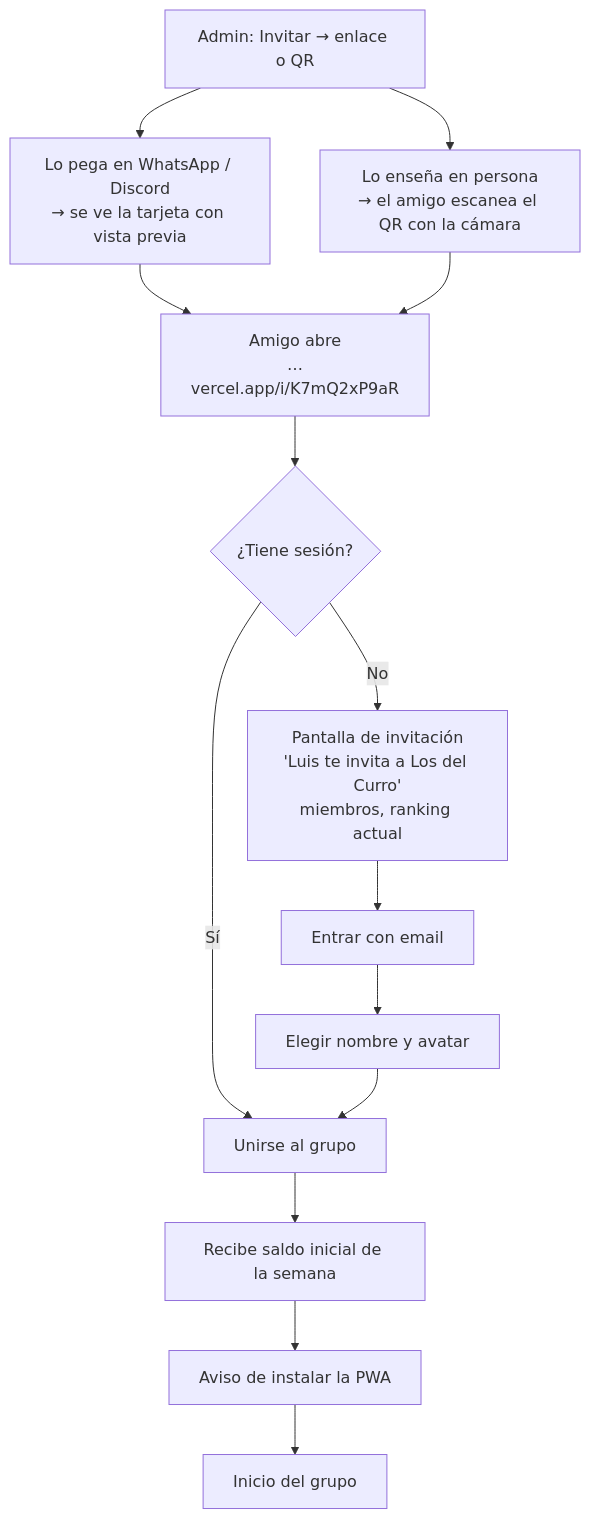
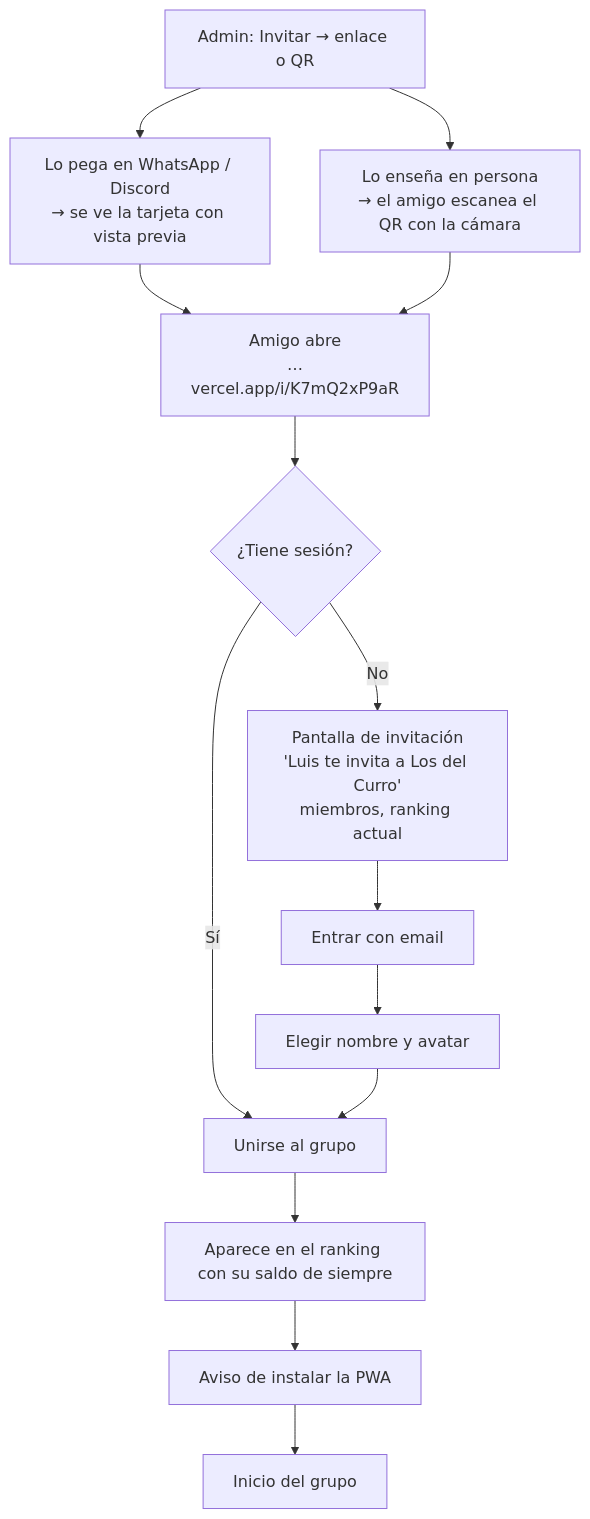
The fifth of 7 diagrams in docs/DISENO.md (Ronambulo/BlackjackWithFriends), drawn with Mermaid before and after one commit. The commit also changed other lines of this file, not shown here.

Commit message:
Diseño: saldo único y grupos como clasificaciones

````diff
--- a/docs/DISENO.md
+++ b/docs/DISENO.md
@@ -285,16 +296,16 @@
 ```mermaid
 flowchart TD
   A0[Admin: Invitar → enlace o QR] --> A1[Lo pega en WhatsApp / Discord<br/>→ se ve la tarjeta con vista previa]
   A0 --> A2[Lo enseña en persona<br/>→ el amigo escanea el QR con la cámara]
   A1 --> A[Amigo abre<br/>…vercel.app/i/K7mQ2xP9aR]
   A2 --> A
   A --> B{¿Tiene sesión?}
   B -- No --> C[Pantalla de invitación<br/>'Luis te invita a Los del Curro'<br/>miembros, ranking actual]
   C --> D[Entrar con email]
   D --> E[Elegir nombre y avatar]
   B -- Sí --> F
   E --> F[Unirse al grupo]
-  F --> G[Recibe saldo inicial de la semana]
+  F --> G[Aparece en el ranking con su saldo de siempre]
   G --> H[Aviso de instalar la PWA]
   H --> I[Inicio del grupo]
 ```
````
